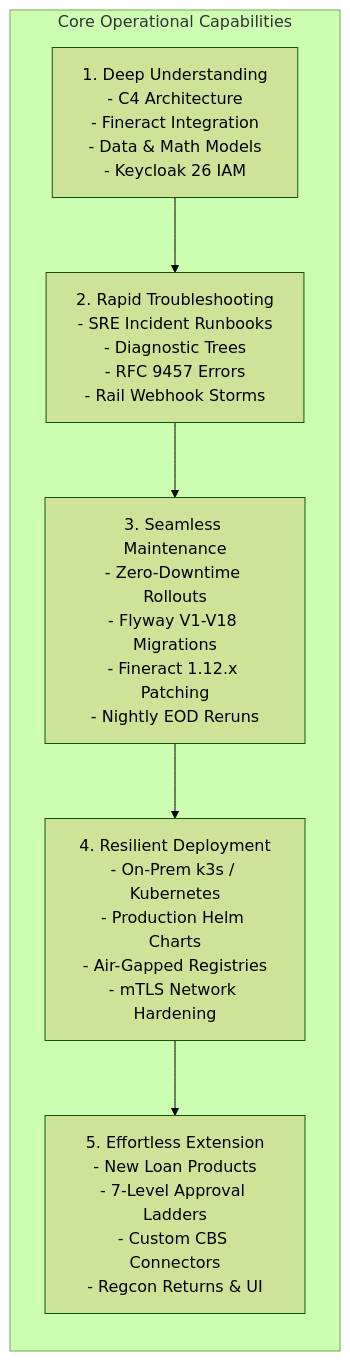
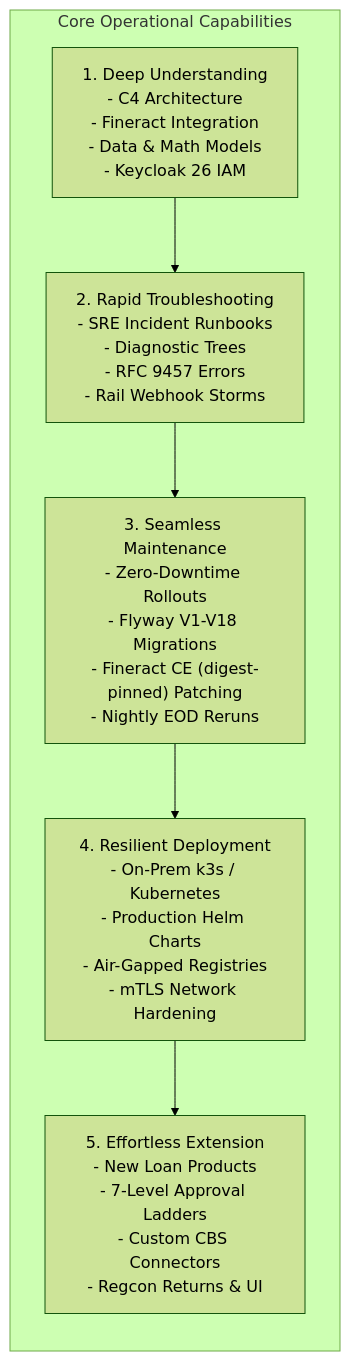
Before and after one commit to maz279/ulms: the diagram in technical_document/MASTER_TECHNICAL_DOCUMENTATION_CATALOG.md, drawn with Mermaid (forest theme). The commit also changed other lines of this file and 128 other files, not shown here.

````diff
--- a/technical_document/MASTER_TECHNICAL_DOCUMENTATION_CATALOG.md
+++ b/technical_document/MASTER_TECHNICAL_DOCUMENTATION_CATALOG.md
@@ -35,11 +35,11 @@
 ```mermaid
 flowchart LR
     subgraph Operational_Objectives ["Core Operational Capabilities"]
         U["1. Deep Understanding<br/>- C4 Architecture<br/>- Fineract Integration<br/>- Data & Math Models<br/>- Keycloak 26 IAM"]
         T["2. Rapid Troubleshooting<br/>- SRE Incident Runbooks<br/>- Diagnostic Trees<br/>- RFC 9457 Errors<br/>- Rail Webhook Storms"]
-        M["3. Seamless Maintenance<br/>- Zero-Downtime Rollouts<br/>- Flyway V1-V18 Migrations<br/>- Fineract 1.12.x Patching<br/>- Nightly EOD Reruns"]
+        M["3. Seamless Maintenance<br/>- Zero-Downtime Rollouts<br/>- Flyway V1-V18 Migrations<br/>- Fineract CE (digest-pinned) Patching<br/>- Nightly EOD Reruns"]
         D["4. Resilient Deployment<br/>- On-Prem k3s / Kubernetes<br/>- Production Helm Charts<br/>- Air-Gapped Registries<br/>- mTLS Network Hardening"]
         E["5. Effortless Extension<br/>- New Loan Products<br/>- 7-Level Approval Ladders<br/>- Custom CBS Connectors<br/>- Regcon Returns & UI"]
     end
     U --> T --> M --> D --> E
 ```
````
